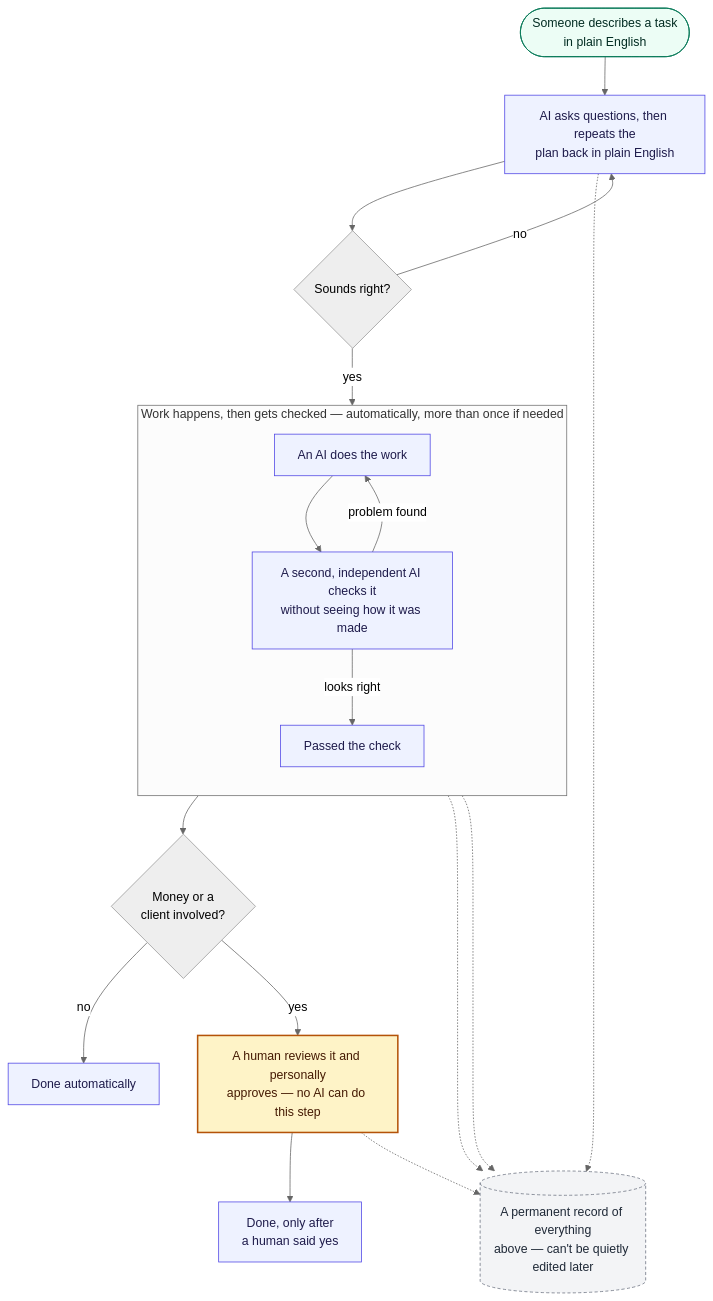
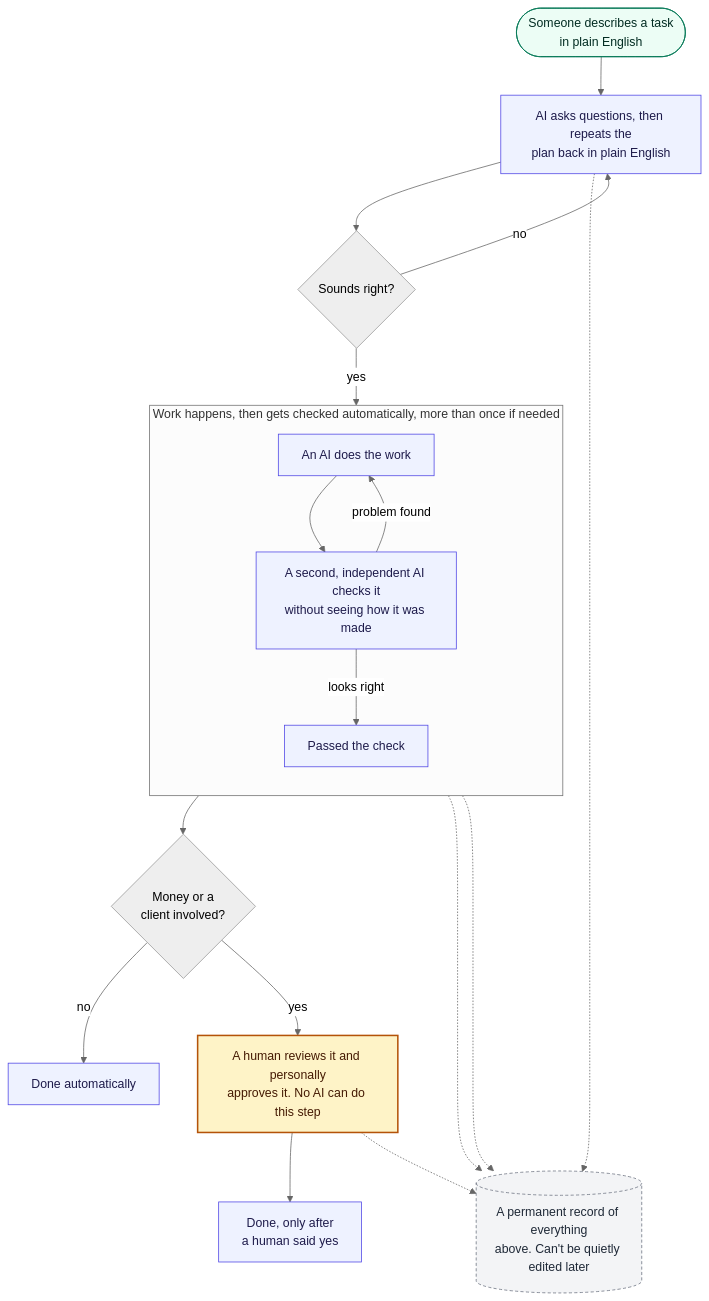
Before and after one commit to amtamaddon/intake: the diagram in README.md, drawn with Mermaid (neutral theme). The commit also changed other lines of this file and 1 other file, not shown here.

````diff
--- a/README.md
+++ b/README.md
@@ -20,31 +26,31 @@
 ```mermaid
 flowchart TB
     classDef start fill:#ecfdf5,stroke:#047857,color:#022c22,stroke-width:1px
     classDef ai fill:#eef2ff,stroke:#4f46e5,color:#1e1b4b,stroke-width:1px
     classDef human fill:#fef3c7,stroke:#b45309,color:#451a03,stroke-width:2px
     classDef log fill:#f3f4f6,stroke:#6b7280,color:#1f2937,stroke-width:1px,stroke-dasharray:4 3
 
     START(["Someone describes a task<br/>in plain English"]):::start --> ASK
 
     ASK["AI asks questions, then repeats the<br/>plan back in plain English"]:::ai --> OK{Sounds right?}
     OK -->|no| ASK
     OK -->|yes| DO
 
-    subgraph LOOP["Work happens, then gets checked — automatically, more than once if needed"]
+    subgraph LOOP["Work happens, then gets checked automatically, more than once if needed"]
         direction TB
         DO["An AI does the work"]:::ai --> CHECK["A second, independent AI checks it<br/>without seeing how it was made"]:::ai
         CHECK -->|problem found| DO
         CHECK -->|looks right| PASS["Passed the check"]:::ai
     end
 
     PASS --> RISK{Money or a<br/>client involved?}
     RISK -->|no| DONE["Done automatically"]:::ai
-    RISK -->|yes| APPROVE["A human reviews it and personally<br/>approves — no AI can do this step"]:::human
+    RISK -->|yes| APPROVE["A human reviews it and personally<br/>approves it. No AI can do this step"]:::human
     APPROVE --> DONE2["Done, only after<br/>a human said yes"]:::ai
 
-    LOG[("A permanent record of everything<br/>above — can't be quietly edited later")]:::log
+    LOG[("A permanent record of everything<br/>above. Can't be quietly edited later")]:::log
     ASK -.-> LOG
     DO -.-> LOG
     CHECK -.-> LOG
     APPROVE -.-> LOG
 ```
````
